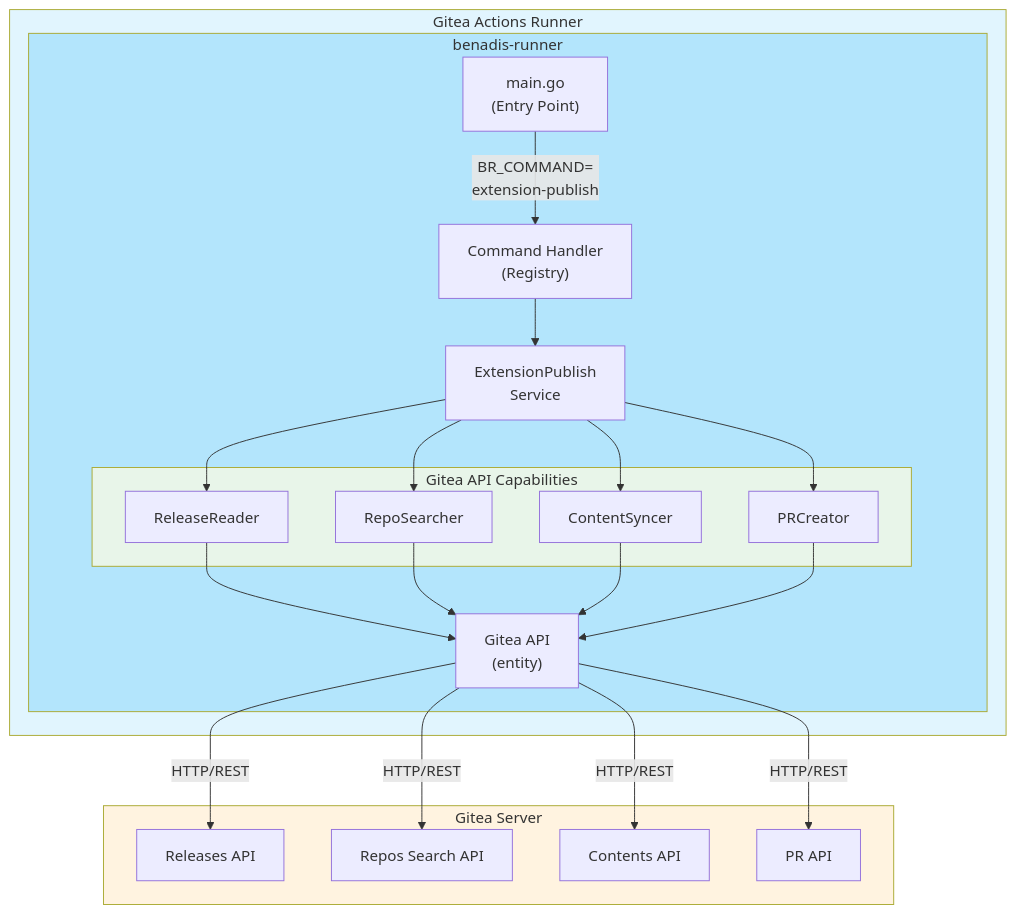
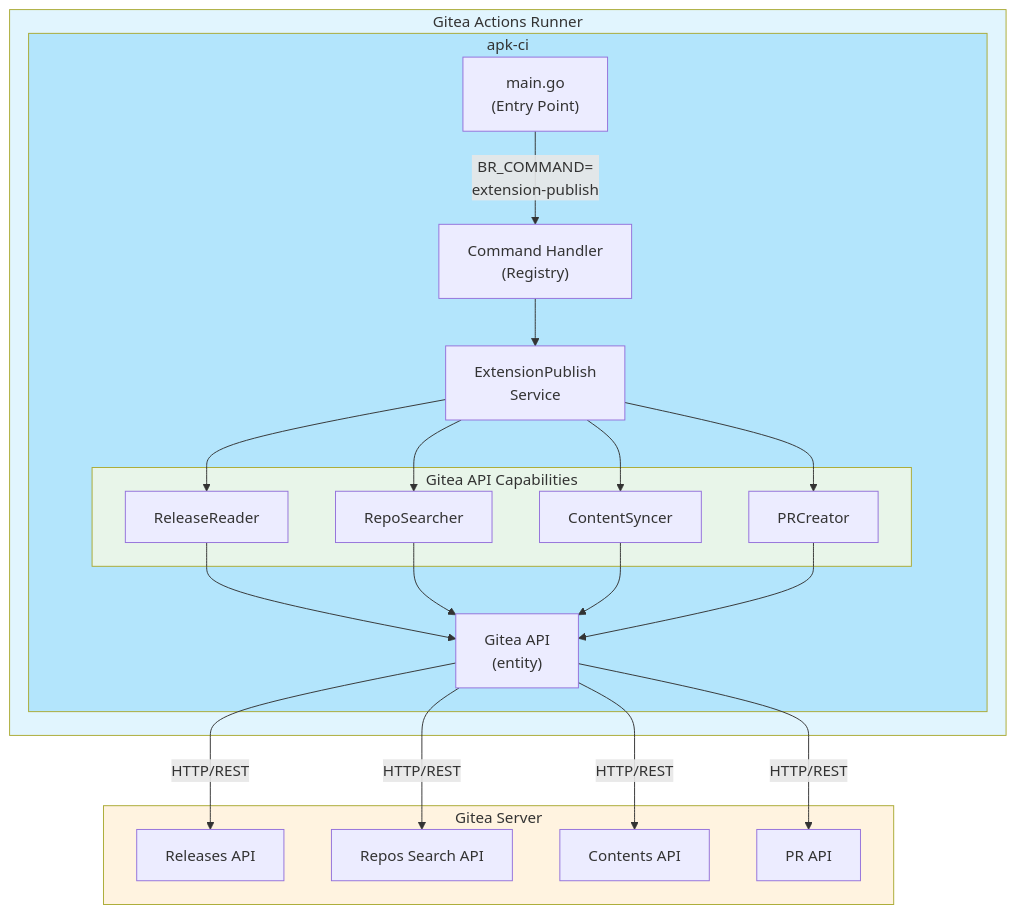
One commit to Kargones/apk-ci changed the first of 7 diagrams in _bmad-output/implementation-artifacts/sprint-artifacts/arch-epic-0-extension-publish.md. Above: the diagram before and after it, drawn with Mermaid. The commit also changed other lines of this file and 189 other files, not shown here.

Commit message:
Замена benadis-runner на apk-ci.

````diff
--- a/_bmad-output/implementation-artifacts/sprint-artifacts/arch-epic-0-extension-publish.md
+++ b/_bmad-output/implementation-artifacts/sprint-artifacts/arch-epic-0-extension-publish.md
@@ -35,48 +35,48 @@
 ```mermaid
 flowchart TB
     subgraph Runner["Gitea Actions Runner"]
-        subgraph BR["benadis-runner"]
+        subgraph BR["apk-ci"]
             Main["main.go<br/>(Entry Point)"]
             Registry["Command Handler<br/>(Registry)"]
             ExtService["ExtensionPublish<br/>Service"]
 
             subgraph Capabilities["Gitea API Capabilities"]
                 ReleaseReader["ReleaseReader"]
                 RepoSearcher["RepoSearcher"]
                 ContentSyncer["ContentSyncer"]
                 PRCreator["PRCreator"]
             end
 
             GiteaEntity["Gitea API<br/>(entity)"]
         end
     end
 
     subgraph GiteaServer["Gitea Server"]
         ReleasesAPI["Releases API"]
         ReposSearch["Repos Search API"]
         ContentsAPI["Contents API"]
         PRAPI["PR API"]
     end
 
     Main -->|"BR_COMMAND=<br/>extension-publish"| Registry
     Registry --> ExtService
     ExtService --> ReleaseReader
     ExtService --> RepoSearcher
     ExtService --> ContentSyncer
     ExtService --> PRCreator
 
     ReleaseReader --> GiteaEntity
     RepoSearcher --> GiteaEntity
     ContentSyncer --> GiteaEntity
     PRCreator --> GiteaEntity
 
     GiteaEntity -->|"HTTP/REST"| ReleasesAPI
     GiteaEntity -->|"HTTP/REST"| ReposSearch
     GiteaEntity -->|"HTTP/REST"| ContentsAPI
     GiteaEntity -->|"HTTP/REST"| PRAPI
 
     style Runner fill:#e1f5fe
     style BR fill:#b3e5fc
     style GiteaServer fill:#fff3e0
     style Capabilities fill:#e8f5e9
 ```
````
